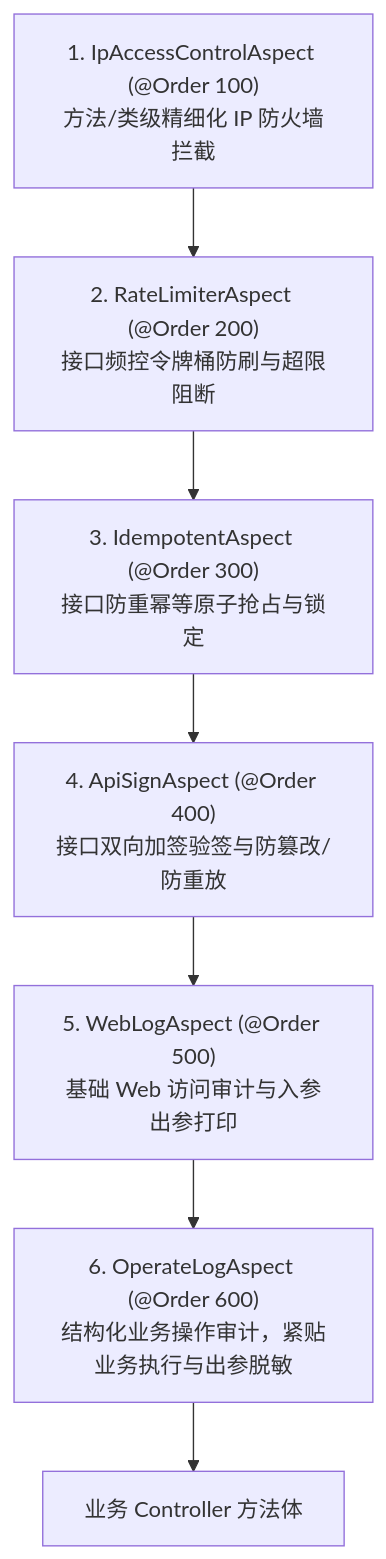
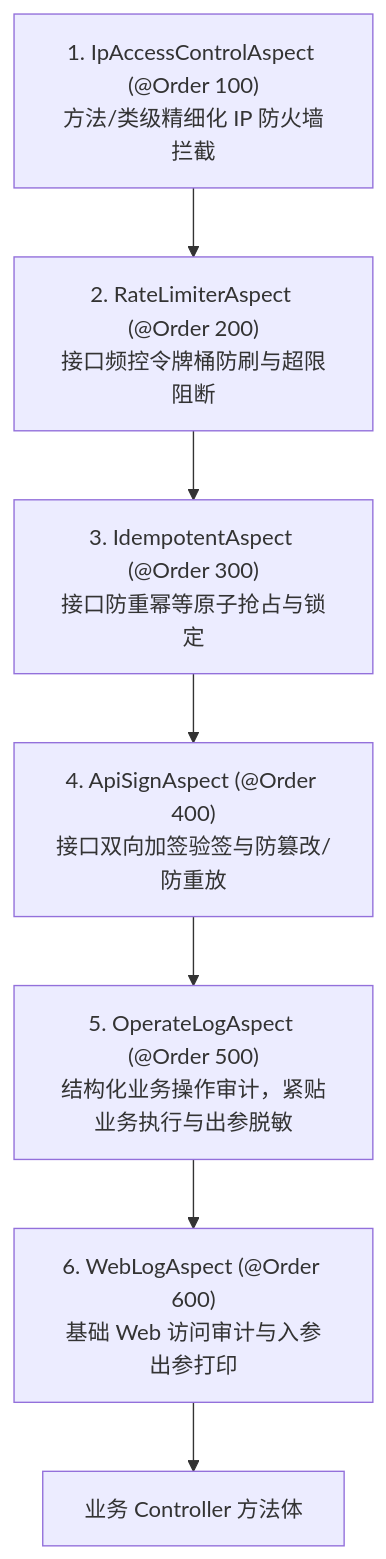
One commit to atengk/ateng-boot changed the third of 3 diagrams in docs/adr/0032-web-runtime-audit-payload-and-traffic-governance.md. Above: the diagram before and after it, drawn with Mermaid. The commit also changed other lines of this file and 2 other files, not shown here.

First line of the commit message:
docs(web): 依据实测样例 1:1 逆向校准 Starter 文档、Sample 体验卡与 ADR-0032

````diff
--- a/docs/adr/0032-web-runtime-audit-payload-and-traffic-governance.md
+++ b/docs/adr/0032-web-runtime-audit-payload-and-traffic-governance.md
@@ -159,9 +159,9 @@
 ```mermaid
 flowchart TD
     A1["1. IpAccessControlAspect (@Order 100)<br>方法/类级精细化 IP 防火墙拦截"] --> A2["2. RateLimiterAspect (@Order 200)<br>接口频控令牌桶防刷与超限阻断"]
     A2 --> A3["3. IdempotentAspect (@Order 300)<br>接口防重幂等原子抢占与锁定"]
     A3 --> A4["4. ApiSignAspect (@Order 400)<br>接口双向加签验签与防篡改/防重放"]
-    A4 --> A5["5. WebLogAspect (@Order 500)<br>基础 Web 访问审计与入参出参打印"]
-    A5 --> A6["6. OperateLogAspect (@Order 600)<br>结构化业务操作审计，紧贴业务执行与出参脱敏"]
+    A4 --> A5["5. OperateLogAspect (@Order 500)<br>结构化业务操作审计，紧贴业务执行与出参脱敏"]
+    A5 --> A6["6. WebLogAspect (@Order 600)<br>基础 Web 访问审计与入参出参打印"]
     A6 --> Biz["业务 Controller 方法体"]
 ```
````
